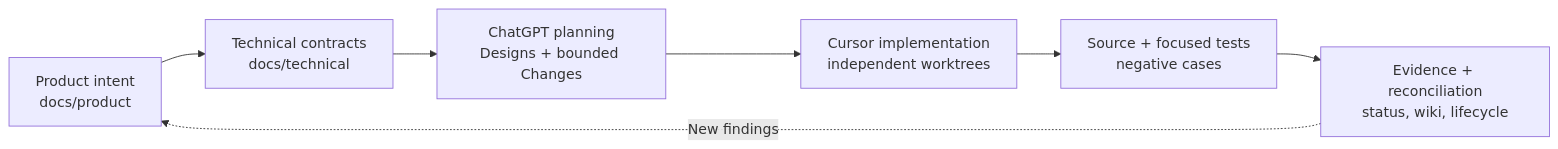
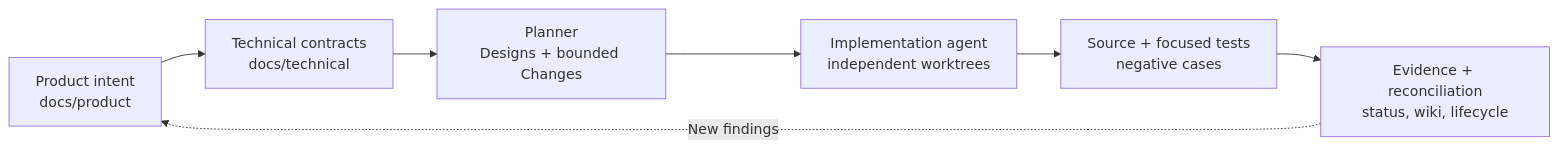
The first of 2 diagrams in README.md (DenisSkulovic/offscreen-rpg), drawn with Mermaid before and after one commit. The commit also changed other lines of this file and 105 other files, not shown here.

````diff
--- a/README.md
+++ b/README.md
@@ -30,9 +30,9 @@
 ```mermaid
 flowchart LR
     A["Product intent\ndocs/product"] --> B["Technical contracts\ndocs/technical"]
-    B --> C["ChatGPT planning\nDesigns + bounded Changes"]
-    C --> D["Cursor implementation\nindependent worktrees"]
+    B --> C["Planner\nDesigns + bounded Changes"]
+    C --> D["Implementation agent\nindependent worktrees"]
     D --> E["Source + focused tests\nnegative cases"]
     E --> F["Evidence + reconciliation\nstatus, wiki, lifecycle"]
     F -. "New findings" .-> A
 ```
````
